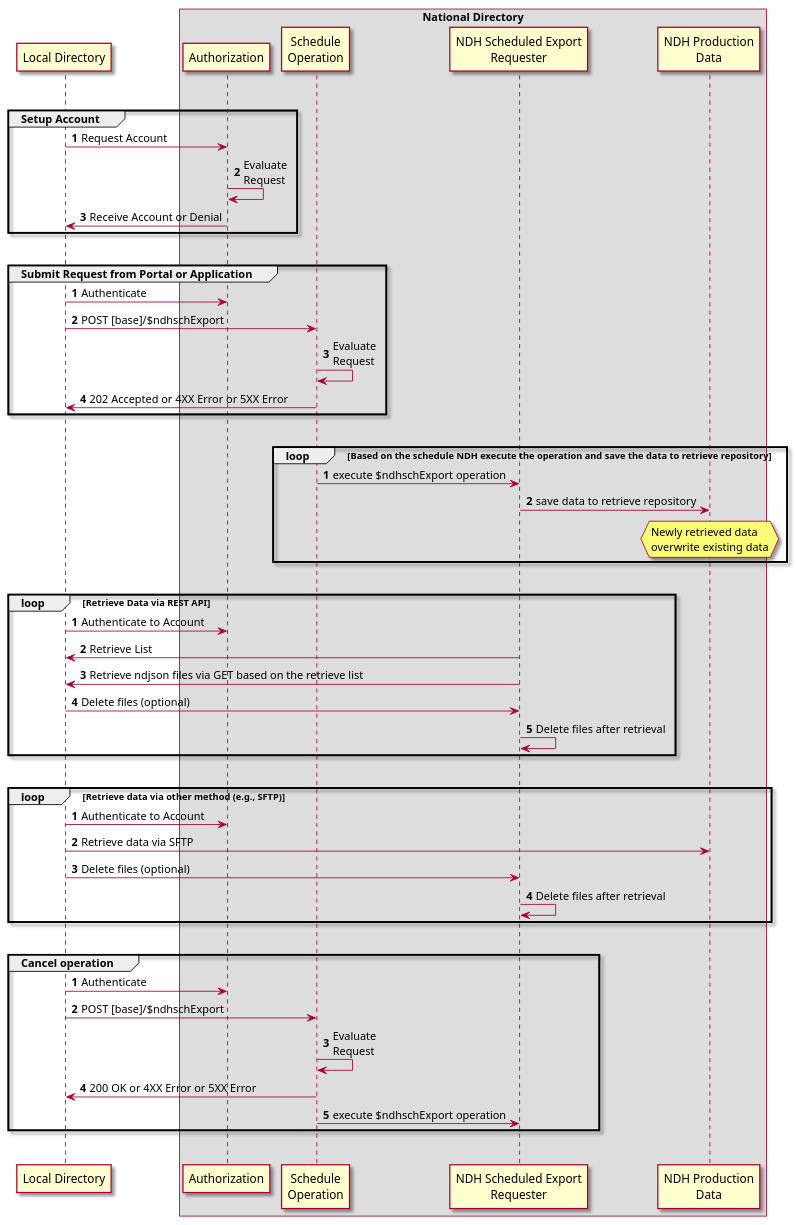
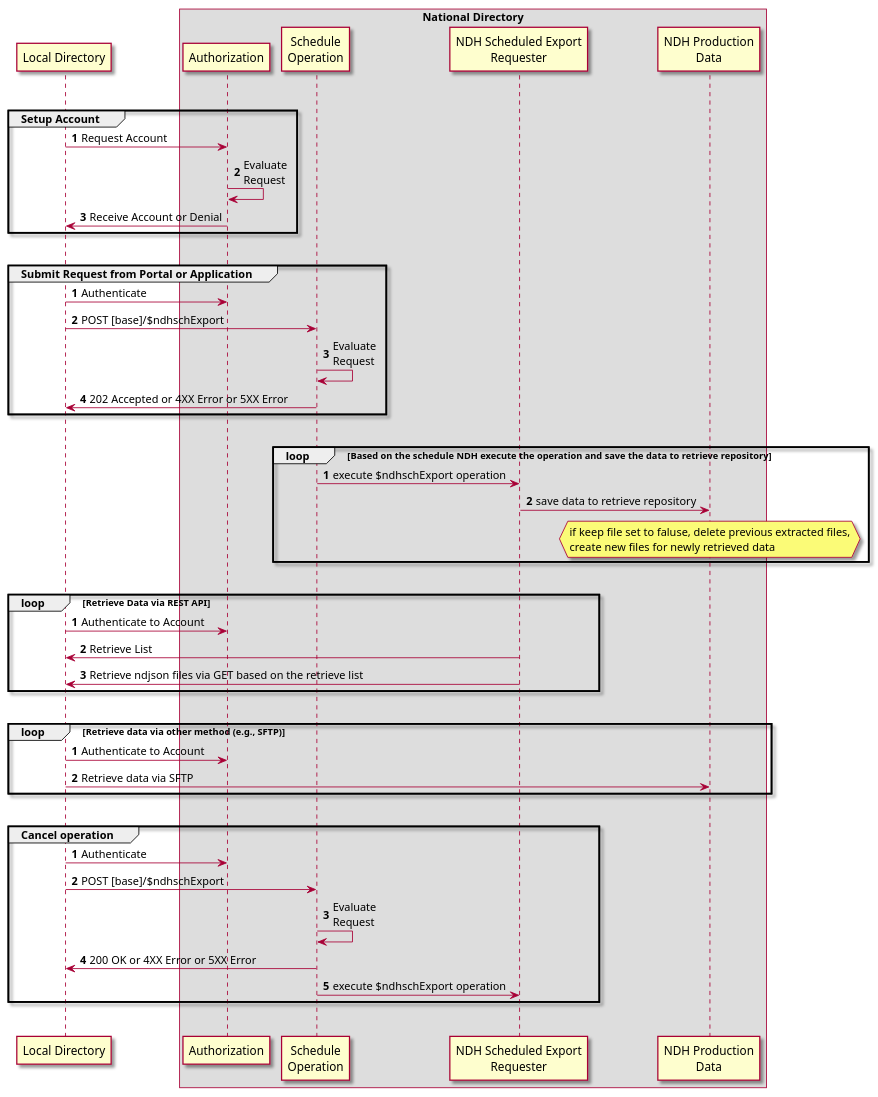
Before and after one commit to HL7/fhir-us-ndh: the diagram in input/images-source/ndh-export.plantuml, drawn with PlantUML. The commit also changed 10 other files, not shown here.

```diff
--- a/input/images-source/ndh-export.plantuml
+++ b/input/images-source/ndh-export.plantuml
@@ -1,69 +1,64 @@
 @startuml
 skin rose
 /'autonumber '/
 
 participant APP as "Local Directory"
 box National Directory
 participant "Authorization" as AUTH
 participant "Schedule\nOperation" as SCHEDULE
 participant "NDH Scheduled Export\nRequester" as FHIR
 participant "NDH Production\nData" as FILE
 end box
 |||
 autonumber
 Group  Setup Account
     APP -> AUTH: Request Account
     AUTH -> AUTH: Evaluate\nRequest
     AUTH -> APP: Receive Account or Denial
 end
 autonumber stop
 |||
 autonumber
 
 Group Submit Request from Portal or Application
     APP -> AUTH: Authenticate
     APP -> SCHEDULE: POST [base]/$ndhschExport
     SCHEDULE -> SCHEDULE: Evaluate\nRequest
     SCHEDULE -> APP: 202 Accepted or 4XX Error or 5XX Error
 end
 autonumber stop
 |||
 autonumber
 loop Based on the schedule NDH execute the operation and save the data to retrieve repository
     SCHEDULE -> FHIR: execute $ndhschExport operation
     FHIR -> FILE: save data to retrieve repository
-    hnote over FILE: Newly retrieved data\noverwrite existing data
+    hnote over FILE: if keep file set to faluse, delete previous extracted files,\ncreate new files for newly retrieved data
 end
 autonumber stop
 |||
 autonumber
 loop Retrieve Data via REST API
     APP -> AUTH: Authenticate to Account
     FHIR -> APP: Retrieve List
-    FHIR -> APP: Retrieve ndjson files via GET based on the retrieve list
-    APP -> FHIR: Delete files (optional)
-    FHIR -> FHIR: Delete files after retrieval
-    
+    FHIR -> APP: Retrieve ndjson files via GET based on the retrieve list   
 end
 autonumber stop
 |||
 autonumber
 loop Retrieve data via other method (e.g., SFTP)
     APP -> AUTH: Authenticate to Account
     APP -> FILE: Retrieve data via SFTP
-    APP -> FHIR: Delete files (optional)
-    FHIR -> FHIR: Delete files after retrieval
 end
 autonumber stop
 |||
 autonumber
 Group Cancel operation
      APP -> AUTH: Authenticate
     APP -> SCHEDULE: POST [base]/$ndhschExport
     SCHEDULE -> SCHEDULE: Evaluate\nRequest
     SCHEDULE -> APP: 200 OK or 4XX Error or 5XX Error
     SCHEDULE -> FHIR: execute $ndhschExport operation
 end
 autonumber stop
 |||
 @enduml
```
